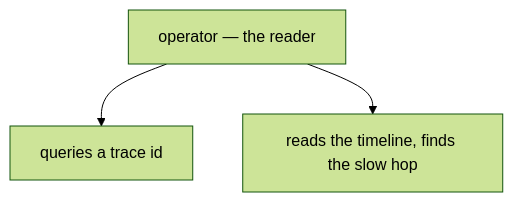
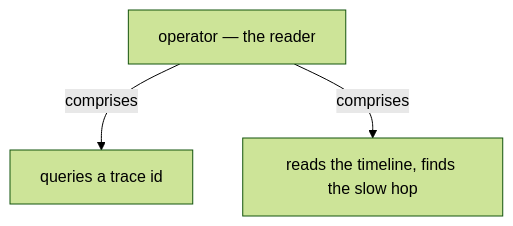
One commit to vinayakuber/microservices-io-study-guide changed the eighth of 14 diagrams in docs/ch33-distributed-tracing.md. Above: the diagram before and after it, drawn with Mermaid (forest theme). The commit also changed other lines of this file and 71 other files, not shown here.

First line of the commit message:
R18: label every diagram arrow with its meaning

````diff
--- a/docs/ch33-distributed-tracing.md
+++ b/docs/ch33-distributed-tracing.md
@@ -281,6 +281,6 @@
 ```mermaid
 flowchart TD
   R["operator — the reader"]
-  R --> P0["queries a trace id"]
-  R --> P1["reads the timeline, finds the slow hop"]
+  R -->|"comprises"| P0["queries a trace id"]
+  R -->|"comprises"| P1["reads the timeline, finds the slow hop"]
 ```
````
